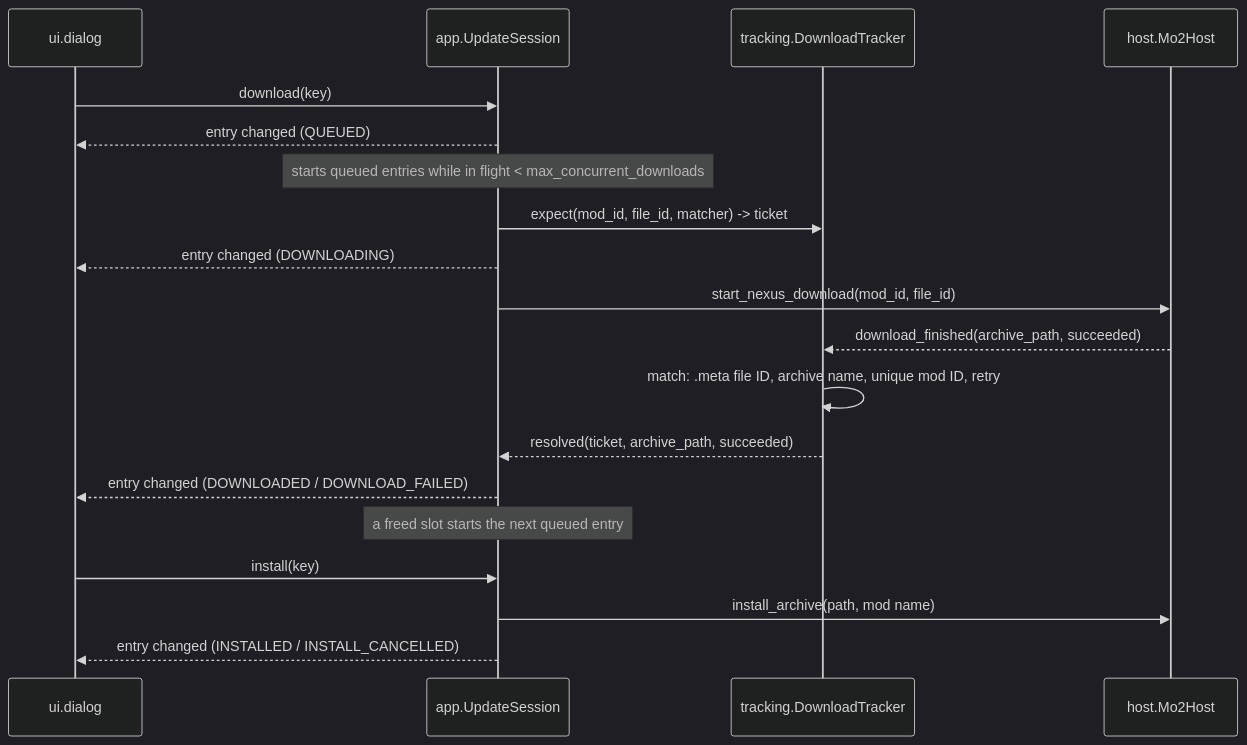
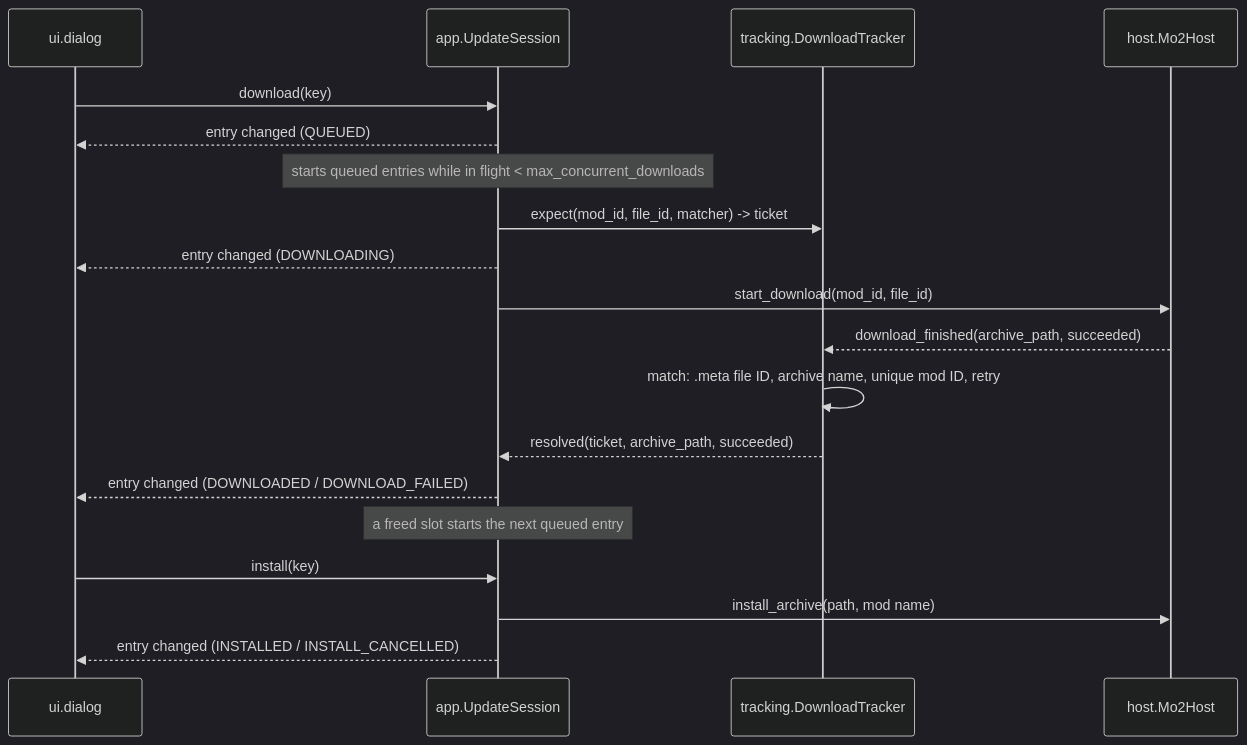
One commit to bnwa/mo2-nexus-auto-update changed the third of 3 diagrams in ARCH.md. Above: the diagram before and after it, drawn with Mermaid (dark theme). The commit also changed 6 other files, not shown here.

Commit message:
refactor(app): rename Downloader.start_nexus_download to start_download

````diff
--- a/ARCH.md
+++ b/ARCH.md
@@ -162,21 +162,21 @@
 ```mermaid
 sequenceDiagram
     participant UI as ui.dialog
     participant S as app.UpdateSession
     participant T as tracking.DownloadTracker
     participant H as host.Mo2Host
     UI->>S: download(key)
     S-->>UI: entry changed (QUEUED)
     Note over S: starts queued entries while in flight < max_concurrent_downloads
     S->>T: expect(mod_id, file_id, matcher) -> ticket
     S-->>UI: entry changed (DOWNLOADING)
-    S->>H: start_nexus_download(mod_id, file_id)
+    S->>H: start_download(mod_id, file_id)
     H-->>T: download_finished(archive_path, succeeded)
     T->>T: match: .meta file ID, archive name, unique mod ID, retry
     T-->>S: resolved(ticket, archive_path, succeeded)
     S-->>UI: entry changed (DOWNLOADED / DOWNLOAD_FAILED)
     Note over S: a freed slot starts the next queued entry
     UI->>S: install(key)
     S->>H: install_archive(path, mod name)
     S-->>UI: entry changed (INSTALLED / INSTALL_CANCELLED)
 ```
````
